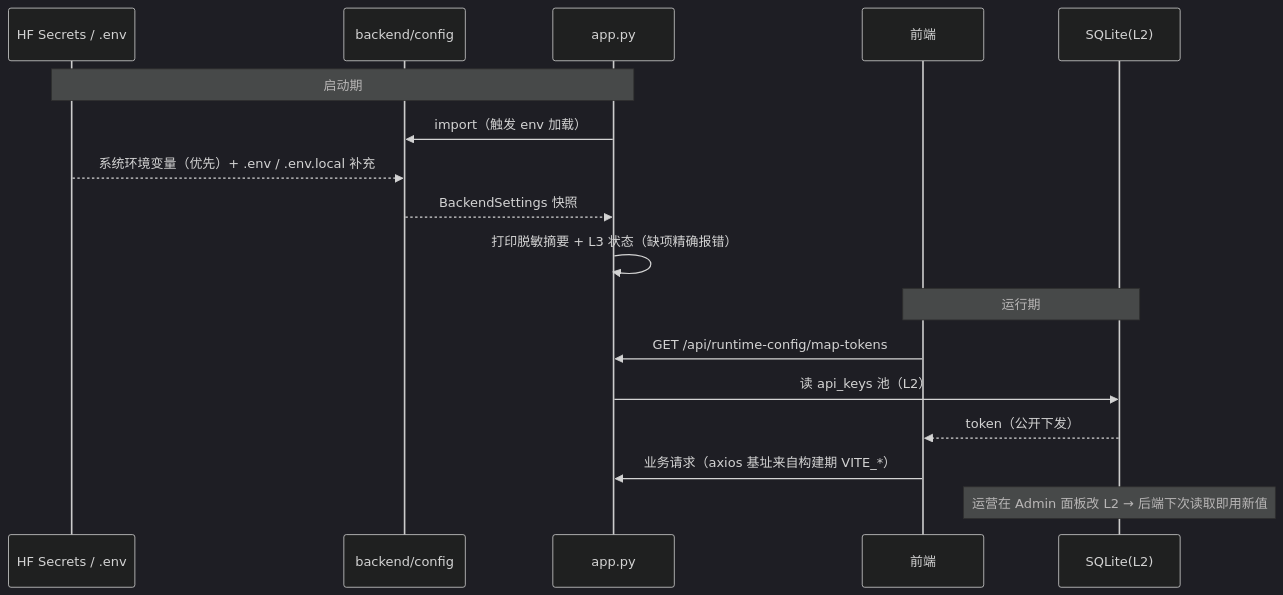
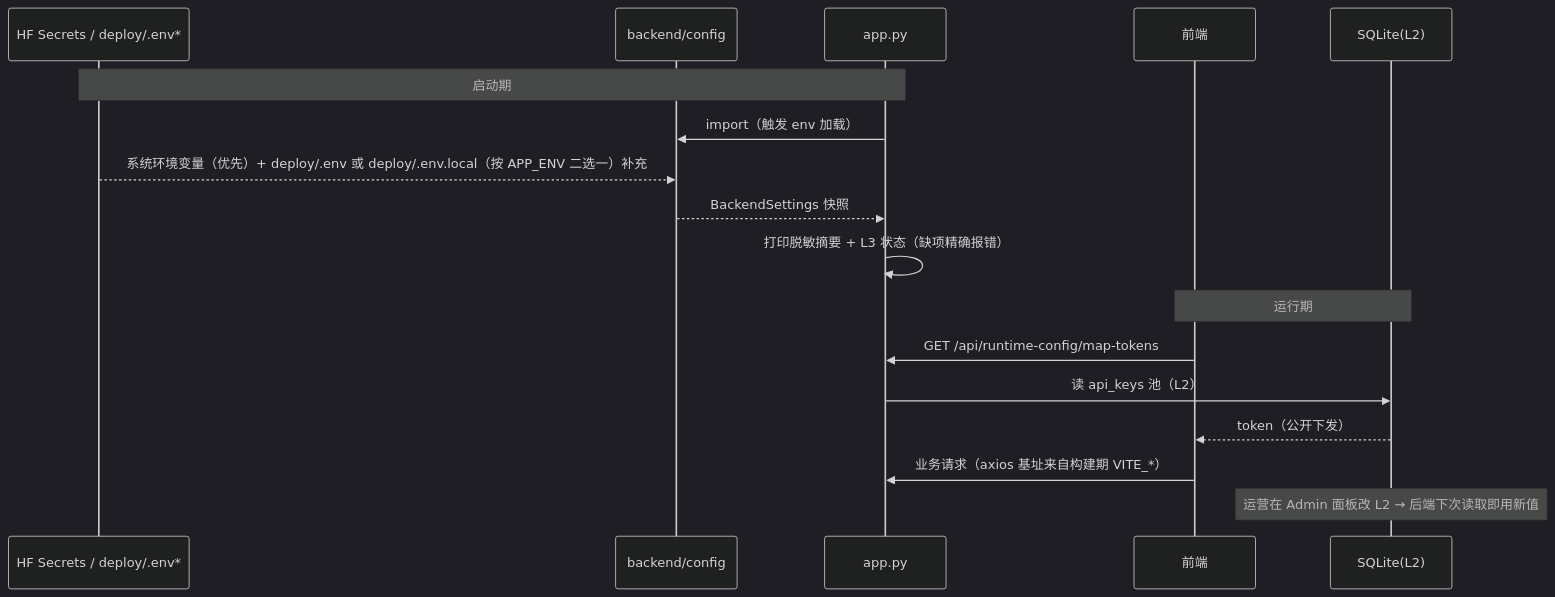
Before and after one commit to NEGIAO/WebGIS-Dev: the second of 2 diagrams in Docs/Architecture/configuration-three-tier.md, drawn with Mermaid (dark theme). The commit also changed other lines of this file and 52 other files, not shown here.

````diff
--- a/Docs/Architecture/configuration-three-tier.md
+++ b/Docs/Architecture/configuration-three-tier.md
@@ -139,21 +139,21 @@
 ```mermaid
 sequenceDiagram
-    participant HF as HF Secrets / .env
+    participant HF as HF Secrets / deploy/.env*
     participant CFG as backend/config
     participant APP as app.py
     participant FE as 前端
     participant DB as SQLite(L2)
 
     Note over HF,APP: 启动期
     APP->>CFG: import（触发 env 加载）
-    HF-->>CFG: 系统环境变量（优先）+ .env / .env.local 补充
+    HF-->>CFG: 系统环境变量（优先）+ deploy/.env 或 deploy/.env.local（按 APP_ENV 二选一）补充
     CFG-->>APP: BackendSettings 快照
     APP->>APP: 打印脱敏摘要 + L3 状态（缺项精确报错）
 
     Note over FE,DB: 运行期
     FE->>APP: GET /api/runtime-config/map-tokens
     APP->>DB: 读 api_keys 池（L2）
     DB-->>FE: token（公开下发）
     FE->>APP: 业务请求（axios 基址来自构建期 VITE_*）
     Note over DB: 运营在 Admin 面板改 L2 → 后端下次读取即用新值
 ```
````
